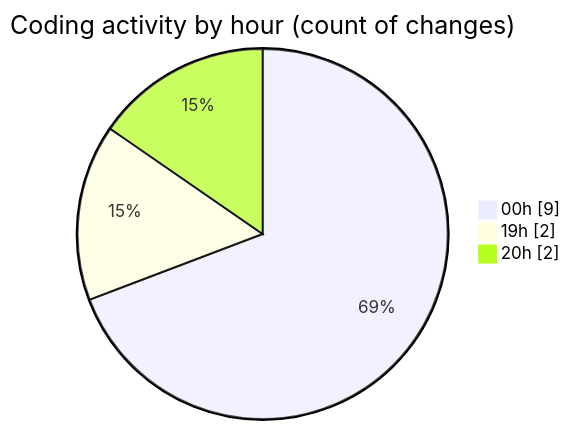
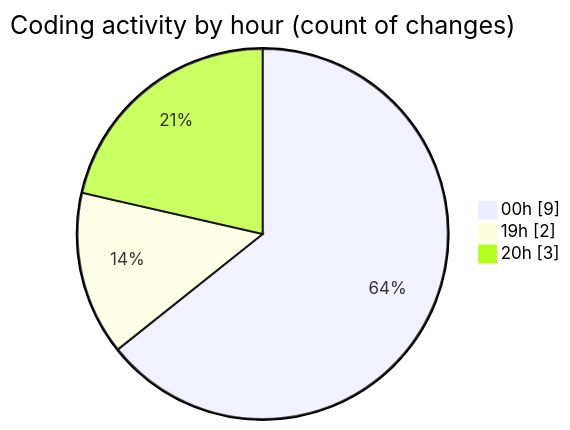
One commit to JenPaints/code-tracking changed the second of 2 diagrams in 2025-06-21/archive/README.md. Above: the diagram before and after it, drawn with Mermaid. The commit also changed other lines of this file and 1 other file, not shown here.

````diff
--- a/2025-06-21/archive/README.md
+++ b/2025-06-21/archive/README.md
@@ -37,7 +38,7 @@
 ```mermaid
 pie showData
 title Coding activity by hour (count of changes)
 "00h" : 9
 "19h" : 2
-"20h" : 2
+"20h" : 3
 ```
````
